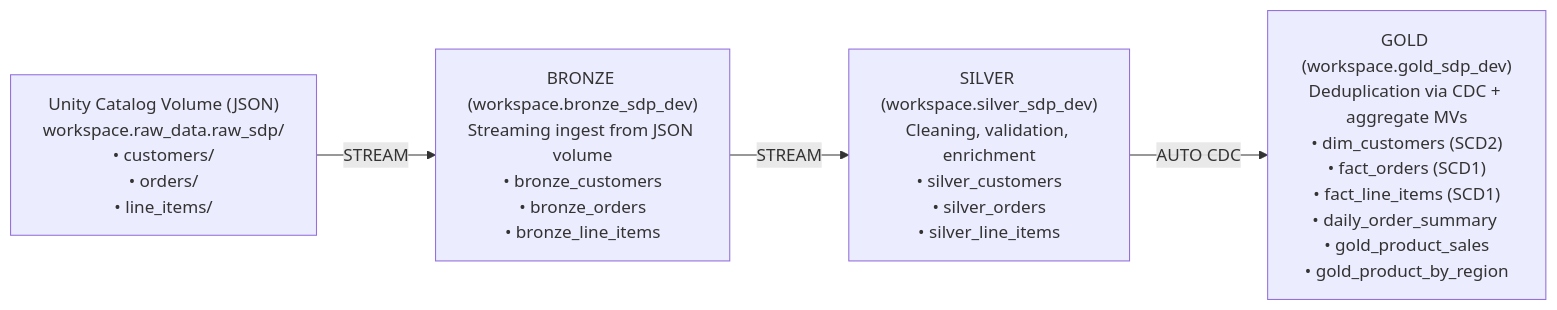
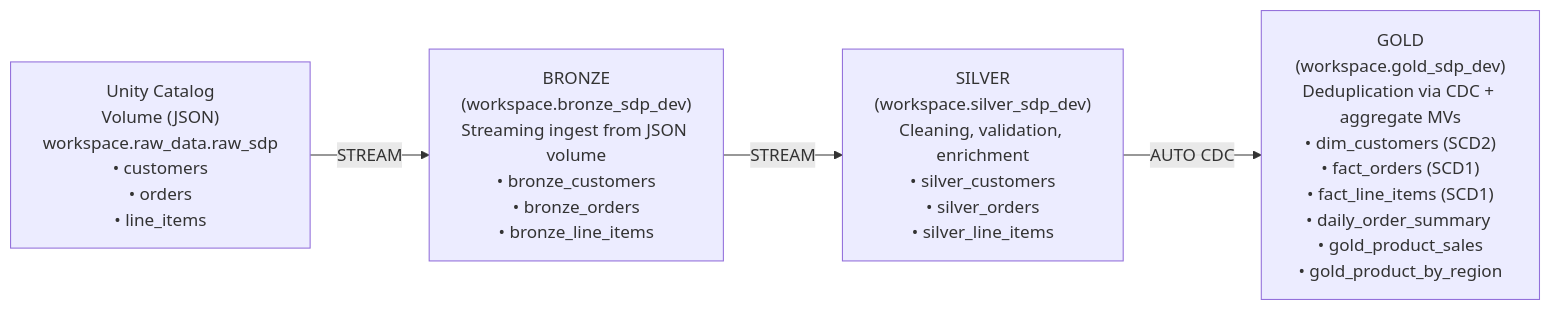
One commit to Priya-BI/sdp_dabs changed the diagram in README.md. Above: the diagram before and after it, drawn with Mermaid.

Commit message:
Update Mermaid diagram labels for clarity

````diff
--- a/README.md
+++ b/README.md
@@ -24,14 +24,14 @@
 ```mermaid
 flowchart LR
-    A["Unity Catalog Volume (JSON)<br/>workspace.raw_data.raw_sdp/<br/>• customers/<br/>• orders/<br/>• line_items/"]
+    A["Unity Catalog<br/>Volume (JSON)<br/>workspace.raw_data.raw_sdp<br/>• customers<br/>• orders<br/>• line_items"]
 
-    B["BRONZE (workspace.bronze_sdp_dev)<br/>Streaming ingest from JSON volume<br/>• bronze_customers<br/>• bronze_orders<br/>• bronze_line_items"]
+    B["BRONZE<br/>(workspace.bronze_sdp_dev)<br/>Streaming ingest from JSON volume<br/>• bronze_customers<br/>• bronze_orders<br/>• bronze_line_items"]
 
-    C["SILVER (workspace.silver_sdp_dev)<br/>Cleaning, validation, enrichment<br/>• silver_customers<br/>• silver_orders<br/>• silver_line_items"]
+    C["SILVER<br/>(workspace.silver_sdp_dev)<br/>Cleaning, validation, enrichment<br/>• silver_customers<br/>• silver_orders<br/>• silver_line_items"]
 
-    D["GOLD (workspace.gold_sdp_dev)<br/>Deduplication via CDC + aggregate MVs<br/>• dim_customers (SCD2)<br/>• fact_orders (SCD1)<br/>• fact_line_items (SCD1)<br/>• daily_order_summary <br/>• gold_product_sales<br/>• gold_product_by_region "]
+    D["GOLD<br/>(workspace.gold_sdp_dev)<br/>Deduplication via CDC + aggregate MVs<br/>• dim_customers (SCD2)<br/>• fact_orders (SCD1)<br/>• fact_line_items (SCD1)<br/>• daily_order_summary <br/>• gold_product_sales<br/>• gold_product_by_region "]
 
     A -->|STREAM| B
     B -->|STREAM| C
     C -->|AUTO CDC| D
 ```
````
